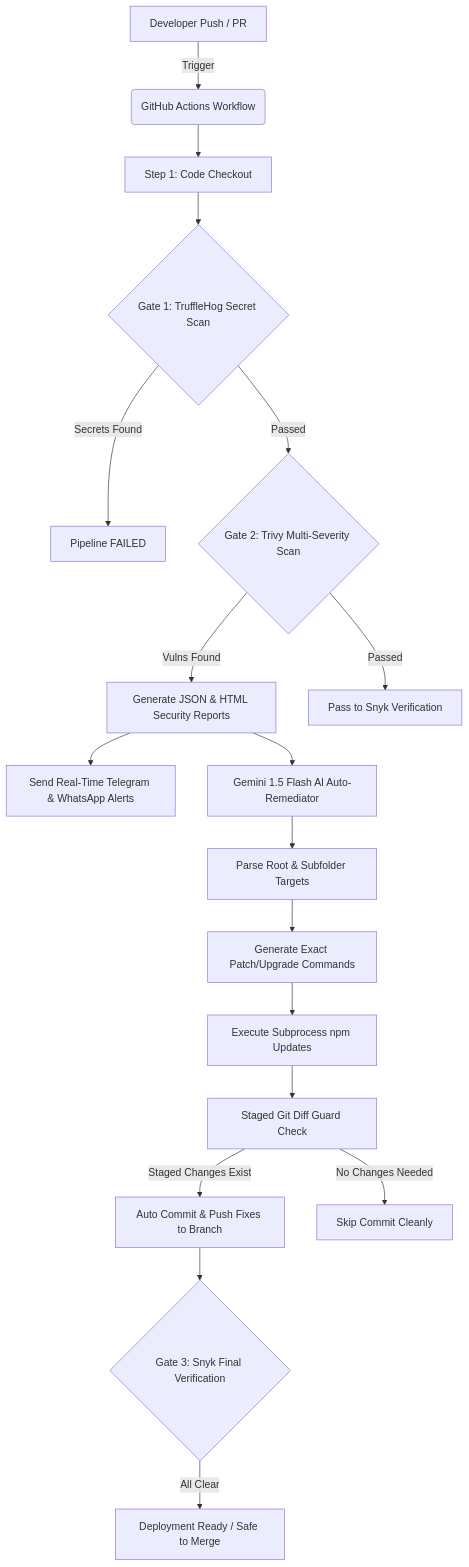
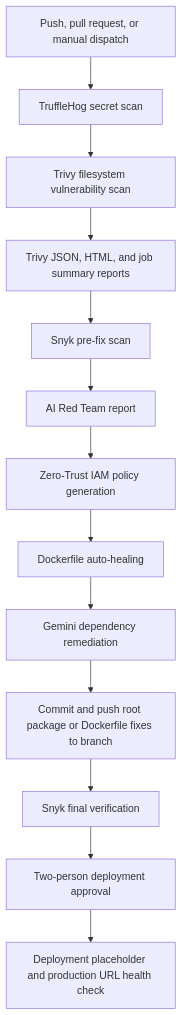
One commit to BiradarSwapnilDeveloper/ai-remediator-cicd-pipeline changed the diagram in README.md. Above: the diagram before and after it, drawn with Mermaid. The commit also changed other lines of this file, not shown here.

First line of the commit message:
Update README for current DevSecOps workflow

````diff
--- a/README.md
+++ b/README.md
@@ -49,21 +14,15 @@
 ```mermaid
-graph TD
-    A[Developer Push / PR] -->|Trigger| B(GitHub Actions Workflow)
-    B --> C[Step 1: Code Checkout]
-    C --> D{Gate 1: TruffleHog Secret Scan}
-    D -->|Secrets Found| E[Pipeline FAILED]
-    D -->|Passed| F{Gate 2: Trivy Multi-Severity Scan}
-    F -->|Vulns Found| G[Generate JSON & HTML Security Reports]
-    F -->|Passed| H[Pass to Snyk Verification]
-    
-    G --> I[Send Real-Time Telegram & WhatsApp Alerts]
-    G --> J[Gemini 1.5 Flash AI Auto-Remediator]
-    J --> K[Parse Root & Subfolder Targets]
-    K --> L[Generate Exact Patch/Upgrade Commands]
-    L --> M[Execute Subprocess npm Updates]
-    M --> N[Staged Git Diff Guard Check]
-    N -->|Staged Changes Exist| O[Auto Commit & Push Fixes to Branch]
-    N -->|No Changes Needed| P[Skip Commit Cleanly]
-    O --> Q{Gate 3: Snyk Final Verification}
-    Q -->|All Clear| R[Deployment Ready / Safe to Merge]
+flowchart TD
+    A[Push, pull request, or manual dispatch] --> B[TruffleHog secret scan]
+    B --> C[Trivy filesystem vulnerability scan]
+    C --> D[Trivy JSON, HTML, and job summary reports]
+    D --> E[Snyk pre-fix scan]
+    E --> F[AI Red Team report]
+    F --> G[Zero-Trust IAM policy generation]
+    G --> H[Dockerfile auto-healing]
+    H --> I[Gemini dependency remediation]
+    I --> J[Commit and push root package or Dockerfile fixes to branch]
+    J --> K[Snyk final verification]
+    K --> L[Two-person deployment approval]
+    L --> M[Deployment placeholder and production URL health check]
 ```
````
